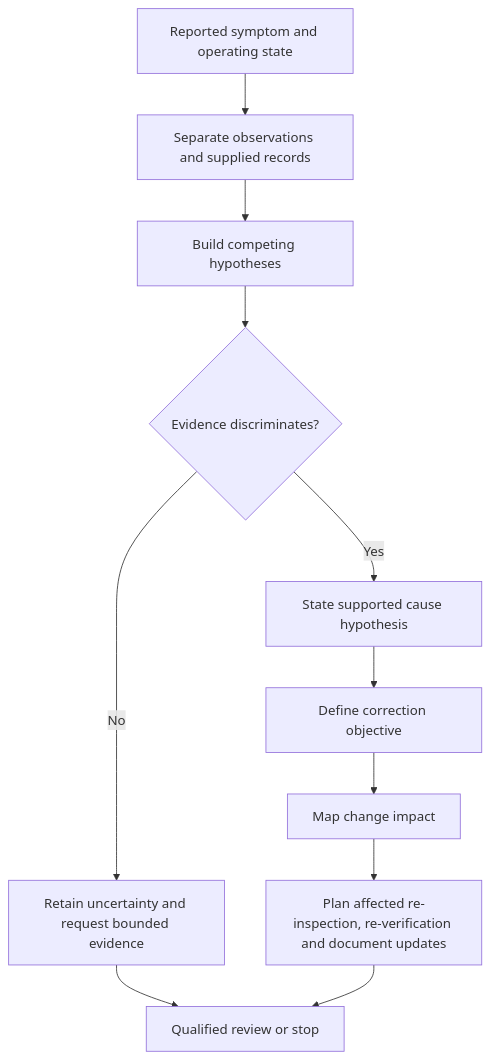
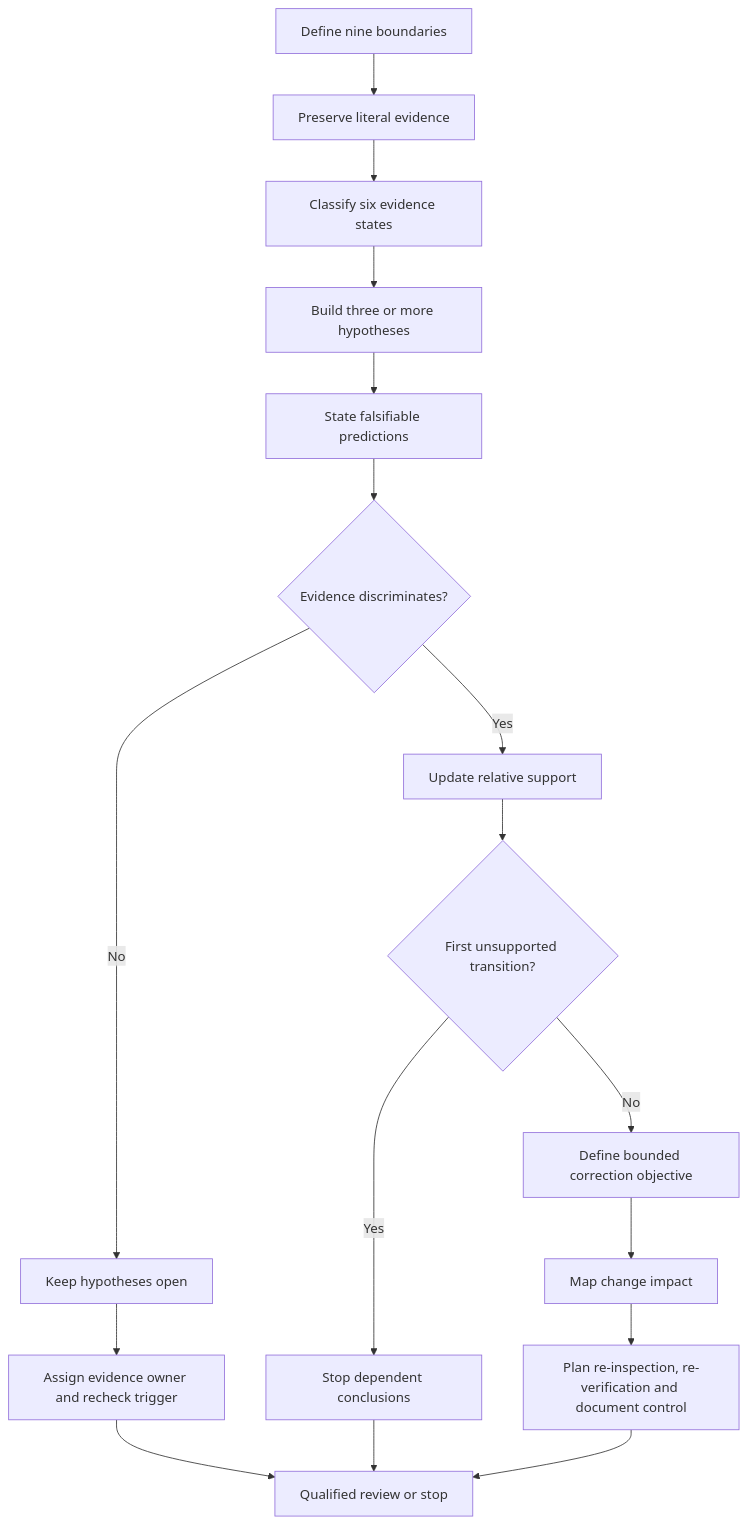
Before and after one commit to andrew3stedall/capstone: the first of 2 diagrams in docs/learning-plans/12-week/modules/day-74-fault-diagnosis-correction-reasoning-and-re-verification-planning.md, drawn with Mermaid. The commit also changed other lines of this file and 4 other files, not shown here.

````diff
--- a/docs/learning-plans/12-week/modules/day-74-fault-diagnosis-correction-reasoning-and-re-verification-planning.md
+++ b/docs/learning-plans/12-week/modules/day-74-fault-diagnosis-correction-reasoning-and-re-verification-planning.md
@@ -72,13 +123,19 @@
 ```mermaid
 flowchart TD
-  A[Reported symptom and operating state] --> B[Separate observations and supplied records]
-  B --> C[Build competing hypotheses]
-  C --> D{Evidence discriminates?}
-  D -->|No| E[Retain uncertainty and request bounded evidence]
-  D -->|Yes| F[State supported cause hypothesis]
-  F --> G[Define correction objective]
-  G --> H[Map change impact]
-  H --> I[Plan affected re-inspection, re-verification and document updates]
-  E --> J[Qualified review or stop]
-  I --> J
+  A[Define nine boundaries] --> B[Preserve literal evidence]
+  B --> C[Classify six evidence states]
+  C --> D[Build three or more hypotheses]
+  D --> E[State falsifiable predictions]
+  E --> F{Evidence discriminates?}
+  F -->|No| G[Keep hypotheses open]
+  G --> H[Assign evidence owner and recheck trigger]
+  F -->|Yes| I[Update relative support]
+  I --> J{First unsupported transition?}
+  J -->|Yes| K[Stop dependent conclusions]
+  J -->|No| L[Define bounded correction objective]
+  L --> M[Map change impact]
+  M --> N[Plan re-inspection, re-verification and document control]
+  H --> O[Qualified review or stop]
+  K --> O
+  N --> O
 ```
````
